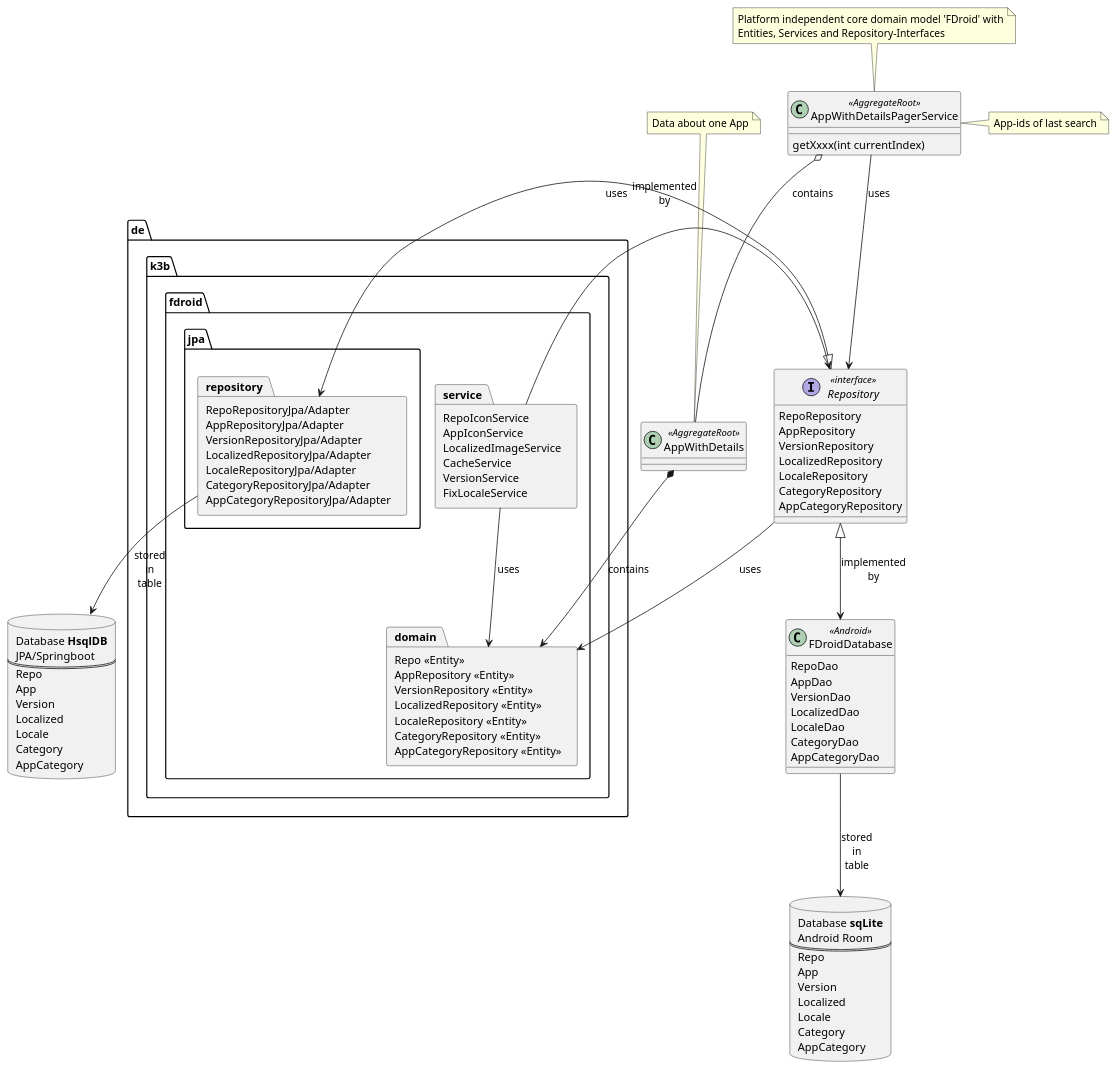
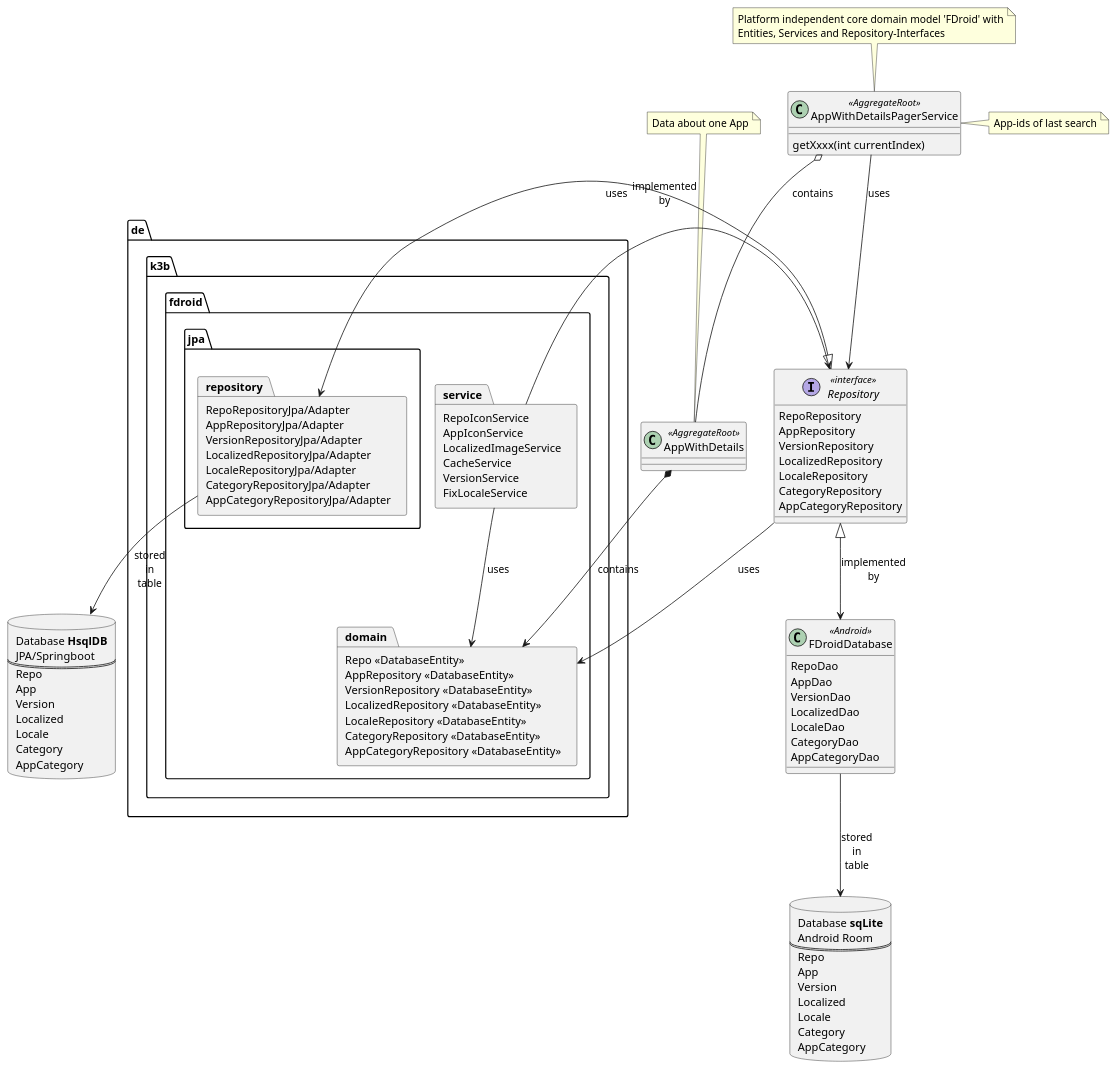
The diagram in app/fdroid-domain/model-architecture.puml (k3b/F-Droid-Universal-Catalog), drawn with PlantUML before and after one commit. The commit also changed 6 other files, not shown here.

```diff
--- a/app/fdroid-domain/model-architecture.puml
+++ b/app/fdroid-domain/model-architecture.puml
@@ -1,107 +1,107 @@
 @startuml
 
 package de.k3b.fdroid.service [
   RepoIconService
   AppIconService
   LocalizedImageService
   CacheService
   VersionService
   FixLocaleService
 ]
 
 class AppWithDetailsPagerService <<AggregateRoot>> {
   getXxxx(int currentIndex)
 }
 class AppWithDetails <<AggregateRoot>>
 
 package de.k3b.fdroid.domain [
-    Repo <<Entity>>
-    AppRepository <<Entity>>
-    VersionRepository <<Entity>>
-    LocalizedRepository <<Entity>>
-    LocaleRepository <<Entity>>
-    CategoryRepository <<Entity>>
-    AppCategoryRepository <<Entity>>
+    Repo <<DatabaseEntity>>
+    AppRepository <<DatabaseEntity>>
+    VersionRepository <<DatabaseEntity>>
+    LocalizedRepository <<DatabaseEntity>>
+    LocaleRepository <<DatabaseEntity>>
+    CategoryRepository <<DatabaseEntity>>
+    AppCategoryRepository <<DatabaseEntity>>
 ]
 
 
 interface Repository <<interface>> {
     RepoRepository
     AppRepository
     VersionRepository
     LocalizedRepository
     LocaleRepository
     CategoryRepository
     AppCategoryRepository
 }
 
 class FDroidDatabase <<Android>> {
     RepoDao
     AppDao
     VersionDao
     LocalizedDao
     LocaleDao
     CategoryDao
     AppCategoryDao
 }
 
 database AndroidDB [
     Database <b>sqLite</b>
     Android Room
     ====
     Repo
     App
     Version
     Localized
     Locale
     Category
     AppCategory
 ]
 
 package de.k3b.fdroid.jpa.repository [
     RepoRepositoryJpa/Adapter
     AppRepositoryJpa/Adapter
     VersionRepositoryJpa/Adapter
     LocalizedRepositoryJpa/Adapter
     LocaleRepositoryJpa/Adapter
     CategoryRepositoryJpa/Adapter
     AppCategoryRepositoryJpa/Adapter
 ]
 database JpaDB [
     Database <b>HsqlDB</b>
     JPA/Springboot
     ====
     Repo
     App
     Version
     Localized
     Locale
     Category
     AppCategory
 ]
 
 note "Platform independent core domain model 'FDroid' with\nEntities, Services and Repository-Interfaces" as caption
 note "App-ids of last search" as noteAppWithDetailsPagerService
 note "Data about one App" as noteAppWithDetails
 
 
 caption --> AppWithDetailsPagerService
 AppWithDetailsPagerService <- noteAppWithDetailsPagerService
 noteAppWithDetails --> AppWithDetails
 de.k3b.fdroid.service --> Repository : uses
 de.k3b.fdroid.service --> de.k3b.fdroid.domain : uses
 Repository -> de.k3b.fdroid.domain : uses
 
 Repository <|--> FDroidDatabase : implemented\nby
 FDroidDatabase --> AndroidDB : stored\nin\ntable
 
 Repository <|--> de.k3b.fdroid.jpa.repository : implemented\nby
 de.k3b.fdroid.jpa.repository --> JpaDB : stored\nin\ntable
 
 AppWithDetailsPagerService o-- AppWithDetails : contains
 AppWithDetails *--> de.k3b.fdroid.domain : contains
 
 AppWithDetailsPagerService --> Repository : uses
 
 
 @enduml
```
